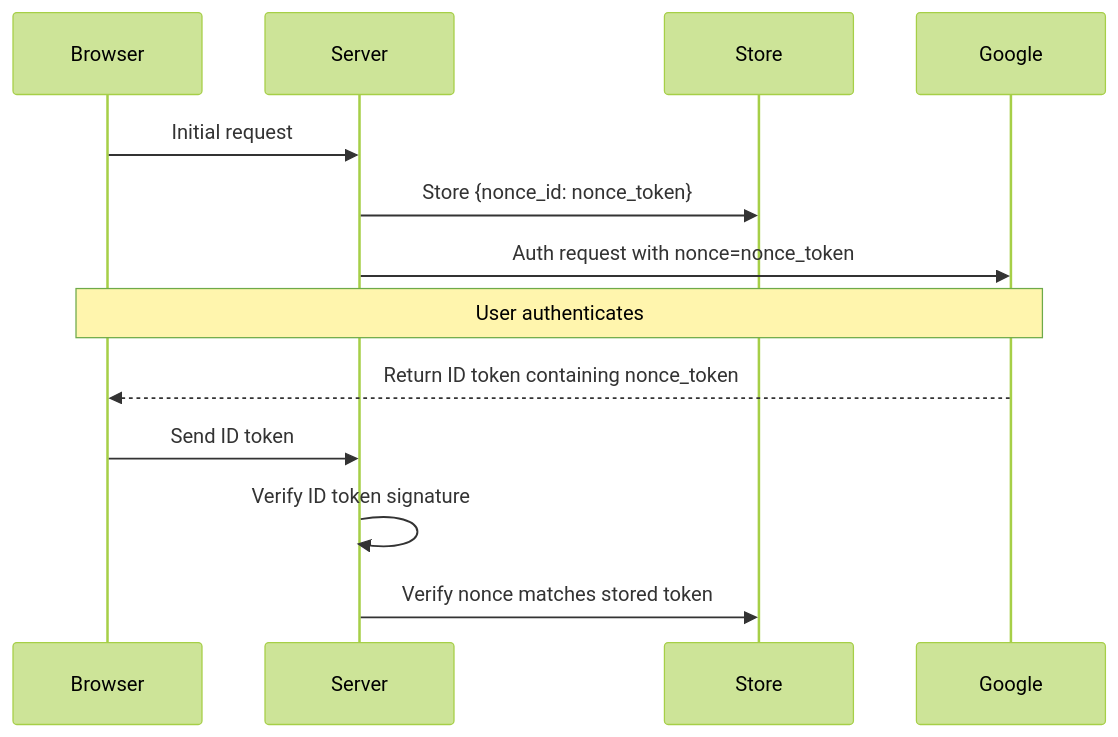
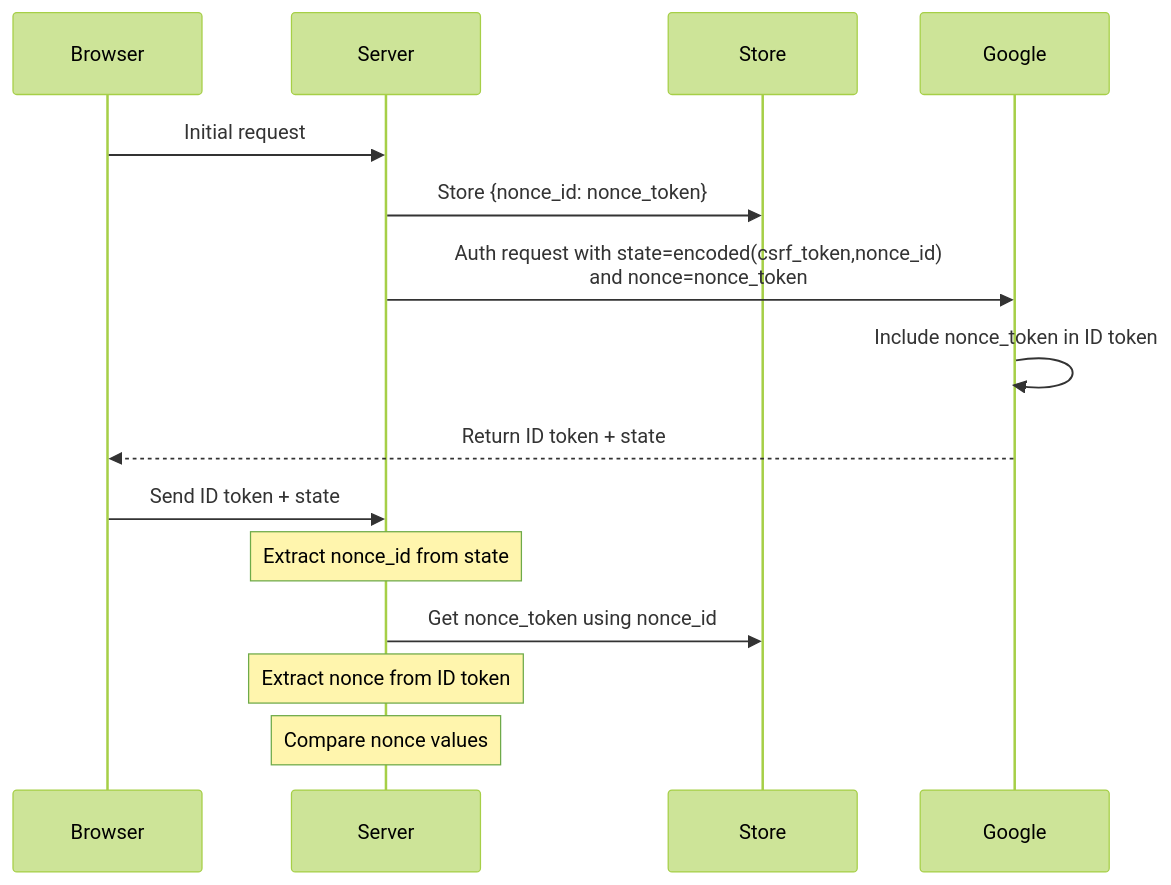
Before and after one commit to ktaka-ccmp/ktaka.blog.ccmp.jp: the fourth of 4 diagrams in 2024/Axum-Google-OAuth2-Login/Readme.en.md, drawn with Mermaid (forest theme). The commit also changed other lines of this file, not shown here.

````diff
--- a/2024/Axum-Google-OAuth2-Login/Readme.en.md
+++ b/2024/Axum-Google-OAuth2-Login/Readme.en.md
@@ -360,16 +355,18 @@
 ```mermaid
 sequenceDiagram
     participant Browser
     participant Server
     participant Store
     participant Google
 
     Browser->>Server: Initial request
     Server->>Store: Store {nonce_id: nonce_token}
-    Server->>Google: Auth request with nonce=nonce_token
-    Note over Browser,Google: User authenticates
-    Google-->>Browser: Return ID token containing nonce_token
-    Browser->>Server: Send ID token
-    Server->>Server: Verify ID token signature
-    Server->>Store: Verify nonce matches stored token
+    Server->>Google: Auth request with state=encoded(csrf_token,nonce_id)<br/>and nonce=nonce_token
+    Google->>Google: Include nonce_token in ID token
+    Google-->>Browser: Return ID token + state
+    Browser->>Server: Send ID token + state
+    Note over Server: Extract nonce_id from state
+    Server->>Store: Get nonce_token using nonce_id
+    Note over Server: Extract nonce from ID token
+    Note over Server: Compare nonce values
 ```
````
